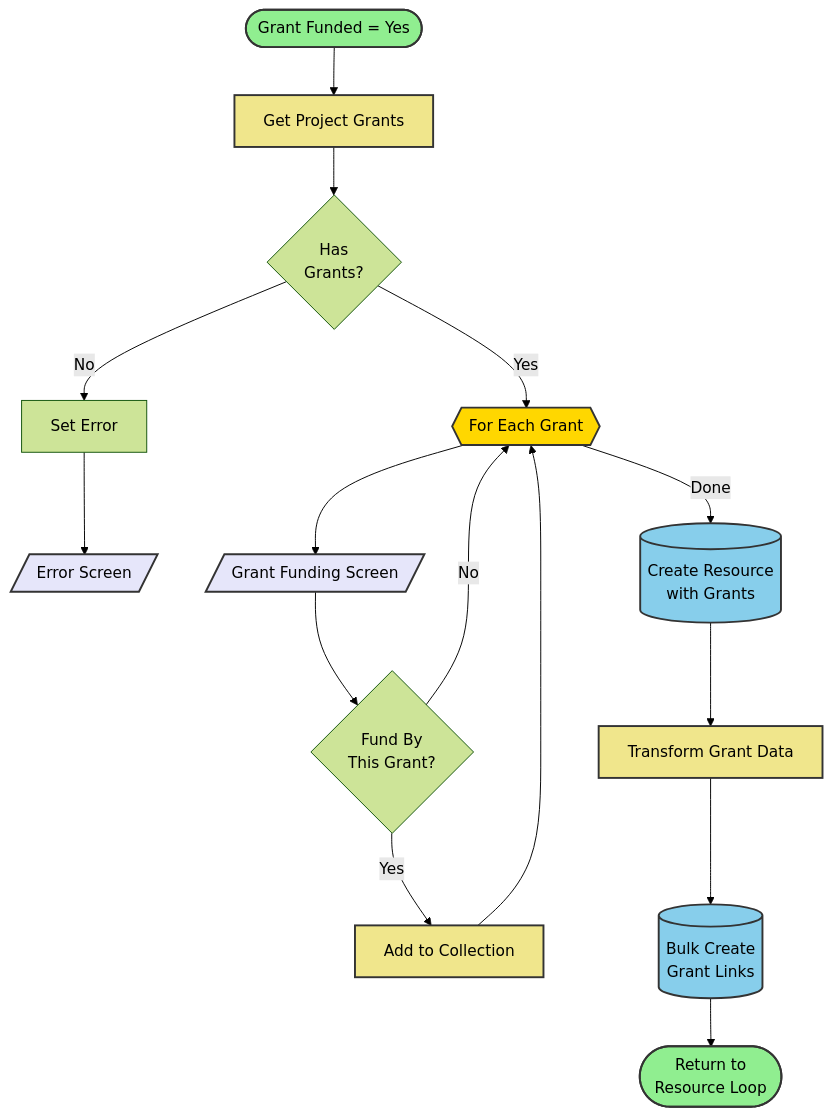
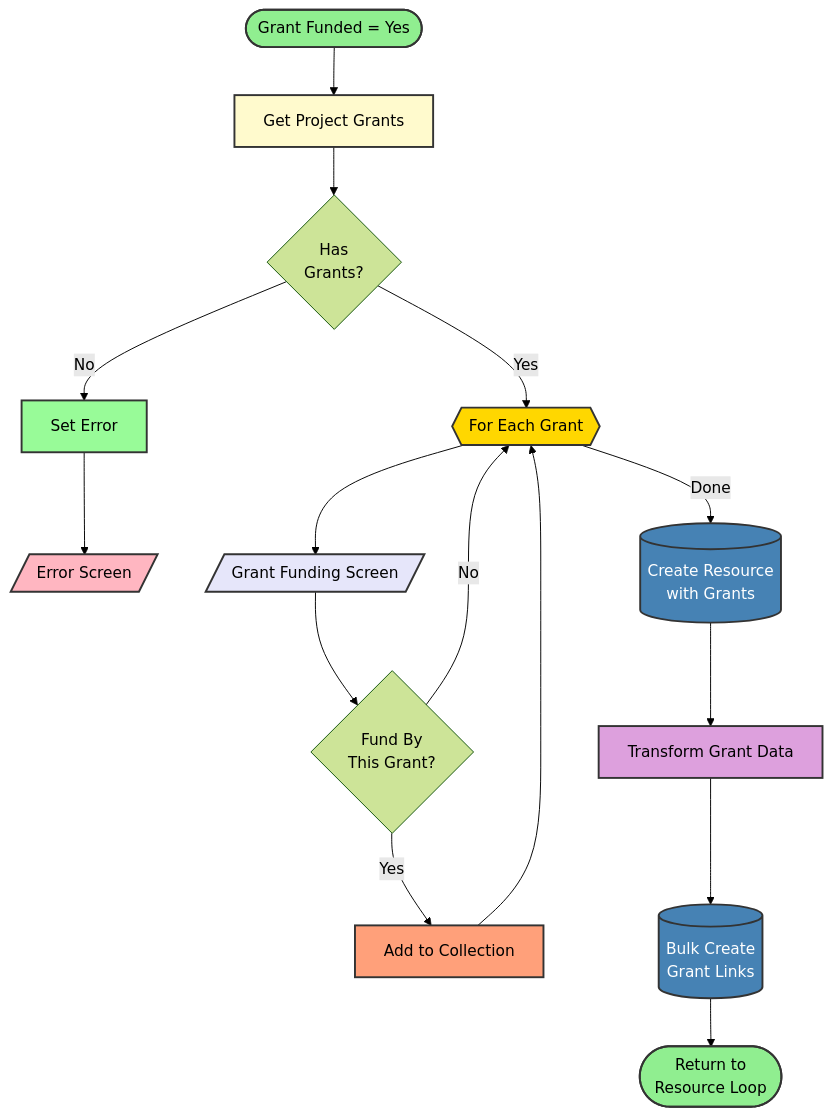
One commit to akj/mermaid-sample changed the fifth of 6 diagrams in README.md. Above: the diagram before and after it, drawn with Mermaid (forest theme). The commit also changed other lines of this file, not shown here.

````diff
--- a/README.md
+++ b/README.md
@@ -116,32 +130,39 @@
 ```mermaid
 flowchart TD
     Start([Grant Funded = Yes]) --> GetGrants[Get Project Grants]
     GetGrants --> HasGrants{Has<br/>Grants?}
     HasGrants -->|No| NoGrantsError[Set Error]
     NoGrantsError --> ErrorScreen[/Error Screen/]
 
     HasGrants -->|Yes| GrantLoop{{For Each Grant}}
     GrantLoop --> GrantScreen[/Grant Funding Screen/]
     GrantScreen --> FundedByGrant{Fund By<br/>This Grant?}
     FundedByGrant -->|Yes| AddToCollection[Add to Collection]
     FundedByGrant -->|No| GrantLoop
     AddToCollection --> GrantLoop
 
     GrantLoop -->|Done| CreateResourceGrant[(Create Resource<br/>with Grants)]
     CreateResourceGrant --> TransformGrants[Transform Grant Data]
     TransformGrants --> CreateGrantLinks[(Bulk Create<br/>Grant Links)]
     CreateGrantLinks --> Return([Return to<br/>Resource Loop])
 
-    classDef screenStyle fill:#E6E6FA,stroke:#333,stroke-width:2px
-    classDef dbStyle fill:#87CEEB,stroke:#333,stroke-width:2px
-    classDef loopStyle fill:#FFD700,stroke:#333,stroke-width:2px
-    classDef errorStyle fill:#FFB6C1,stroke:#333,stroke-width:2px
-    classDef startEnd fill:#90EE90,stroke:#333,stroke-width:2px
-    classDef processStyle fill:#F0E68C,stroke:#333,stroke-width:2px
+    classDef screenStyle fill:#E6E6FA,stroke:#333,stroke-width:2px,color:#000
+    classDef errorScreenStyle fill:#FFB6C1,stroke:#333,stroke-width:2px,color:#000
+    classDef dbStyle fill:#4682B4,stroke:#333,stroke-width:2px,color:#FFF
+    classDef loopStyle fill:#FFD700,stroke:#333,stroke-width:2px,color:#000
+    classDef startEnd fill:#90EE90,stroke:#333,stroke-width:2px,color:#000
+    classDef getStyle fill:#FFFACD,stroke:#333,stroke-width:2px,color:#000
+    classDef setStyle fill:#98FB98,stroke:#333,stroke-width:2px,color:#000
+    classDef transformStyle fill:#DDA0DD,stroke:#333,stroke-width:2px,color:#000
+    classDef addStyle fill:#FFA07A,stroke:#333,stroke-width:2px,color:#000
 
-    class GrantScreen,ErrorScreen screenStyle
+    class GrantScreen screenStyle
+    class ErrorScreen errorScreenStyle
     class CreateResourceGrant,CreateGrantLinks dbStyle
     class GrantLoop loopStyle
     class Start,Return startEnd
-    class GetGrants,TransformGrants,AddToCollection processStyle
+    class GetGrants getStyle
+    class NoGrantsError setStyle
+    class TransformGrants transformStyle
+    class AddToCollection addStyle
 ```
````
